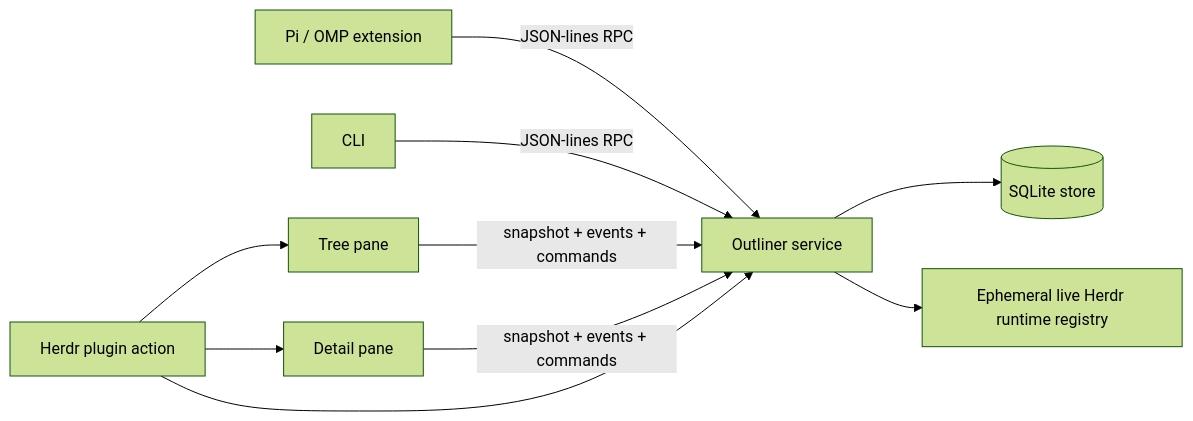
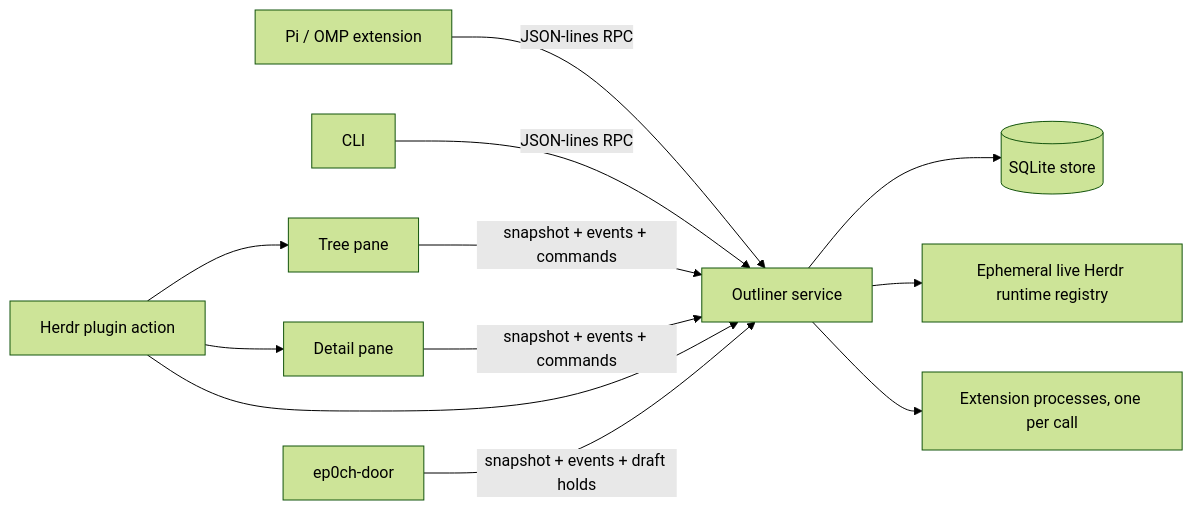
One commit to float-ritual-stack/pi-herdr-outliner changed the diagram in docs/ARCHITECTURE.md. Above: the diagram before and after it, drawn with Mermaid (forest theme). The commit also changed other lines of this file and 10 other files, not shown here.

First line of the commit message:
Dead exports, one legacy registry path, ARCHITECTURE.md catches up (PIE-510)

````diff
--- a/docs/ARCHITECTURE.md
+++ b/docs/ARCHITECTURE.md
@@ -7,12 +7,14 @@
 ```mermaid
 flowchart LR
     Pi[Pi / OMP extension] -->|JSON-lines RPC| Service
     CLI[CLI] -->|JSON-lines RPC| Service
     Tree[Tree pane] -->|snapshot + events + commands| Service
     Detail[Detail pane] -->|snapshot + events + commands| Service
     Service[Outliner service] --> Store[(SQLite store)]
     Service --> Registry[Ephemeral live Herdr runtime registry]
     Herdr[Herdr plugin action] --> Service
     Herdr --> Tree
     Herdr --> Detail
+    Door[ep0ch-door] -->|snapshot + events + draft holds| Service
+    Service --> Extensions[Extension processes, one per call]
 ```
````
